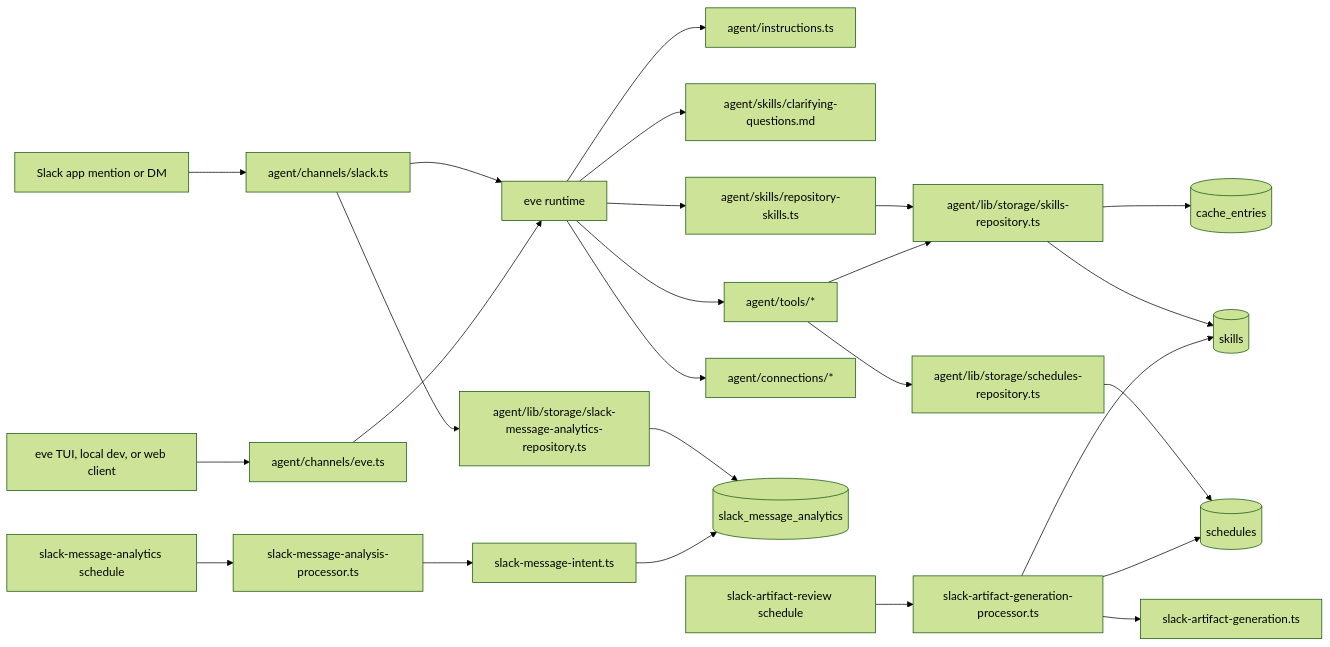
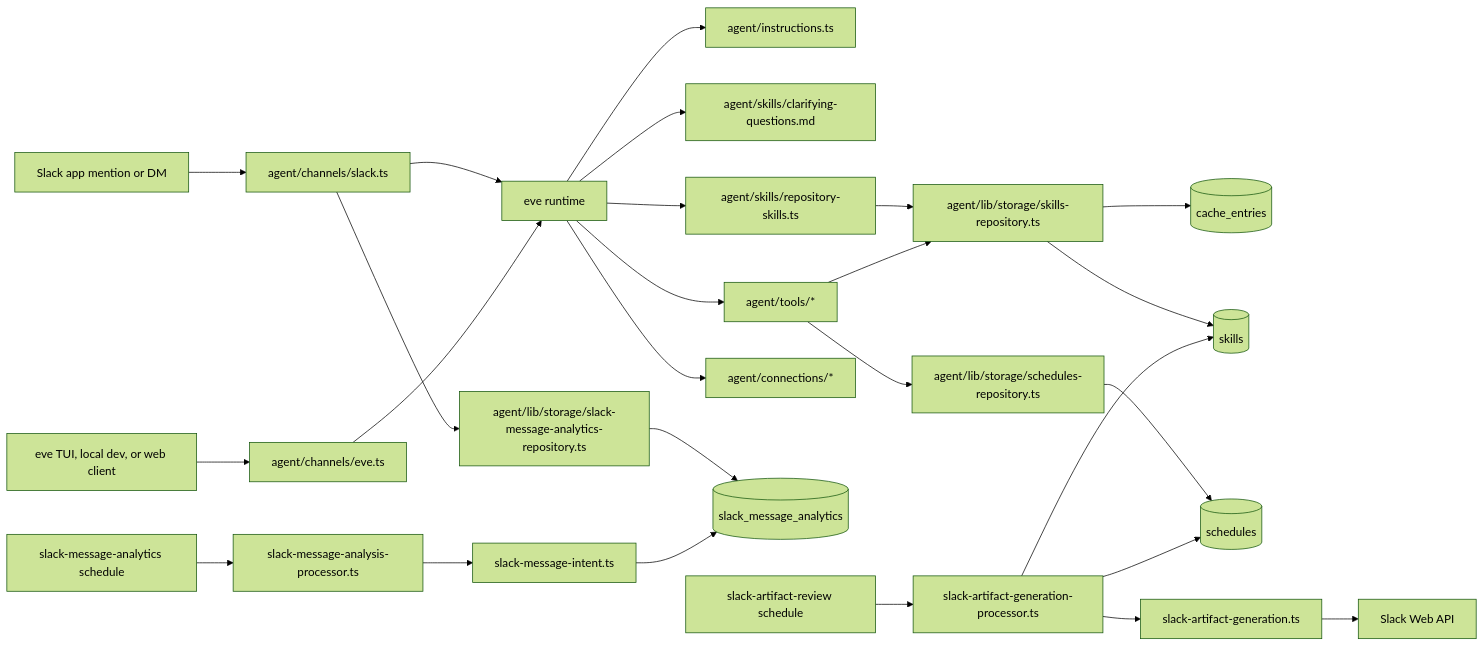
The first of 5 diagrams in README.md (GorobVictor/slack-ai-agent-eve), drawn with Mermaid (forest theme) before and after one commit. The commit also changed other lines of this file and 1 other file, not shown here.

First line of the commit message:
ref: document slack thread history generation flow

````diff
--- a/README.md
+++ b/README.md
@@ -69,33 +69,34 @@
 ```mermaid
 flowchart LR
   Slack[Slack app mention or DM] --> SlackChannel[agent/channels/slack.ts]
   EveClient[eve TUI, local dev, or web client] --> EveChannel[agent/channels/eve.ts]
 
   SlackChannel --> EveRuntime[eve runtime]
   EveChannel --> EveRuntime
 
   EveRuntime --> Instructions[agent/instructions.ts]
   EveRuntime --> StaticSkill[agent/skills/clarifying-questions.md]
   EveRuntime --> DynamicSkills[agent/skills/repository-skills.ts]
   EveRuntime --> Tools[agent/tools/*]
   EveRuntime --> Connections[agent/connections/*]
 
   DynamicSkills --> SkillsRepo[agent/lib/storage/skills-repository.ts]
   Tools --> SkillsRepo
   SkillsRepo --> Cache[(cache_entries)]
   SkillsRepo --> Skills[(skills)]
   Tools --> SchedulesRepo[agent/lib/storage/schedules-repository.ts]
   SchedulesRepo --> Schedules[(schedules)]
 
   SlackChannel --> AnalyticsRepo[agent/lib/storage/slack-message-analytics-repository.ts]
   AnalyticsRepo --> SlackAnalytics[(slack_message_analytics)]
 
   ScheduleA[slack-message-analytics schedule] --> AnalyticsProcessor[slack-message-analysis-processor.ts]
   AnalyticsProcessor --> IntentModel[slack-message-intent.ts]
   IntentModel --> SlackAnalytics
 
   ScheduleB[slack-artifact-review schedule] --> ArtifactProcessor[slack-artifact-generation-processor.ts]
   ArtifactProcessor --> ArtifactModel[slack-artifact-generation.ts]
+  ArtifactModel --> SlackAPI[Slack Web API]
   ArtifactProcessor --> Skills
   ArtifactProcessor --> Schedules
 ```
````
